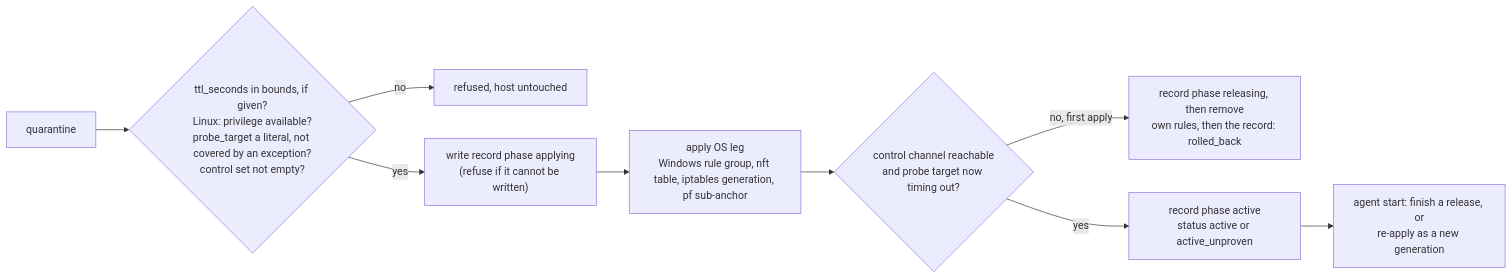
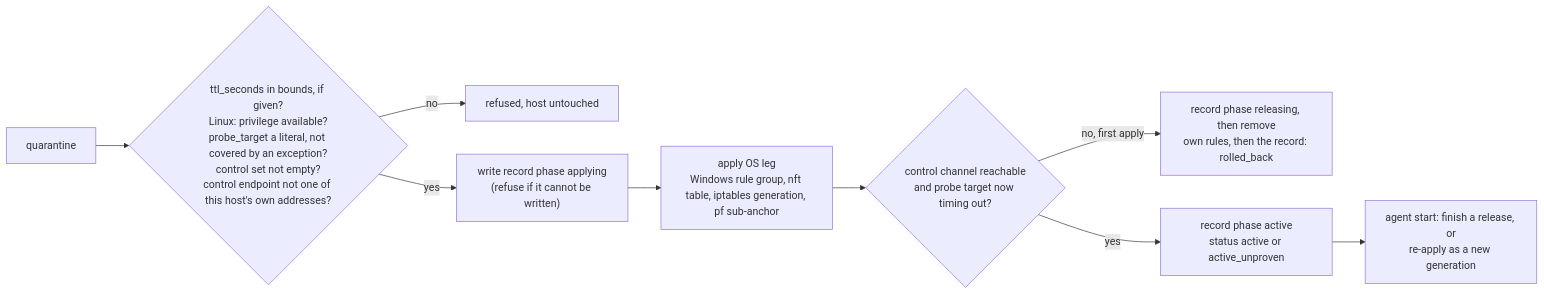
Before and after one commit to DevNullLtd/Yuzu: the second of 4 diagrams in agents/plugins/firewall/README.md, drawn with Mermaid. The commit also changed other lines of this file and 12 other files, not shown here.

First line of the commit message:
feat(firewall): refuse quarantine when the control endpoint is a host address

````diff
--- a/agents/plugins/firewall/README.md
+++ b/agents/plugins/firewall/README.md
@@ -60,11 +61,11 @@
 ```mermaid
 flowchart LR
-  Q["quarantine"] --> V{"ttl_seconds in bounds, if given?<br/>Linux: privilege available?<br/>probe_target a literal, not covered by an exception?<br/>control set not empty?"}
+  Q["quarantine"] --> V{"ttl_seconds in bounds, if given?<br/>Linux: privilege available?<br/>probe_target a literal, not covered by an exception?<br/>control set not empty?<br/>control endpoint not one of this host's own addresses?"}
   V -- "no" --> R["refused, host untouched"]
   V -- "yes" --> REC["write record phase applying<br/>(refuse if it cannot be written)"]
   REC --> AP["apply OS leg<br/>Windows rule group, nft table, iptables generation, pf sub-anchor"]
   AP --> VF{"control channel reachable<br/>and probe target now timing out?"}
   VF -- "no, first apply" --> RB["record phase releasing, then remove<br/>own rules, then the record: rolled_back"]
   VF -- "yes" --> ACT["record phase active<br/>status active or active_unproven"]
   ACT --> INIT["agent start: finish a release, or<br/>re-apply as a new generation"]
 ```
````
